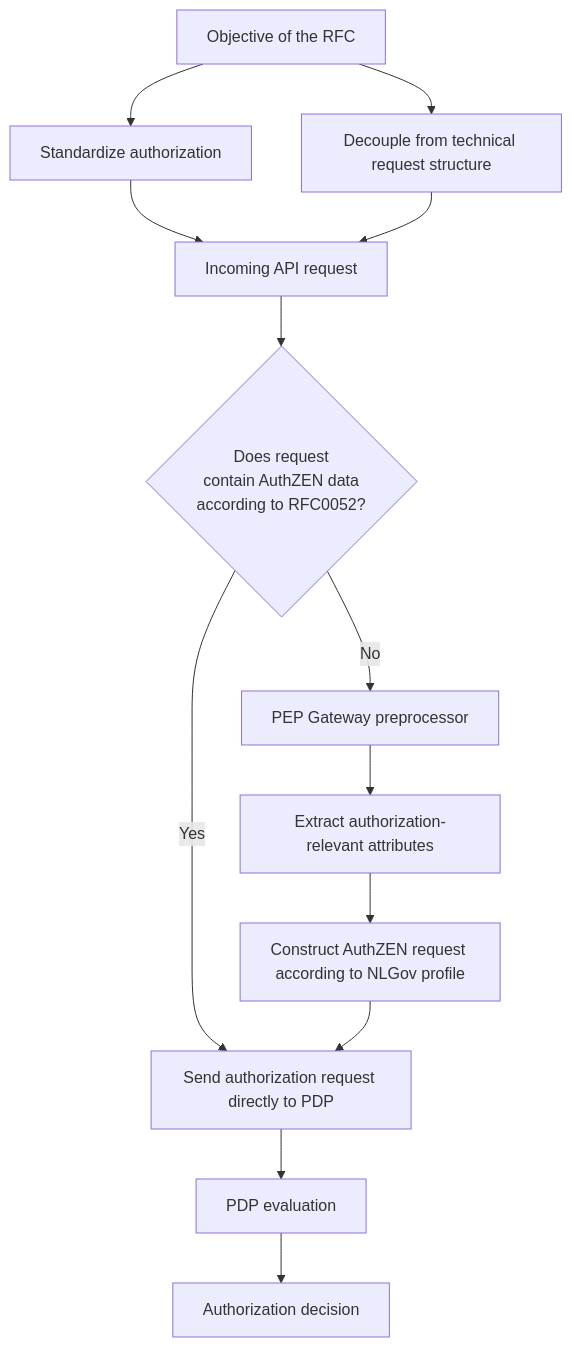
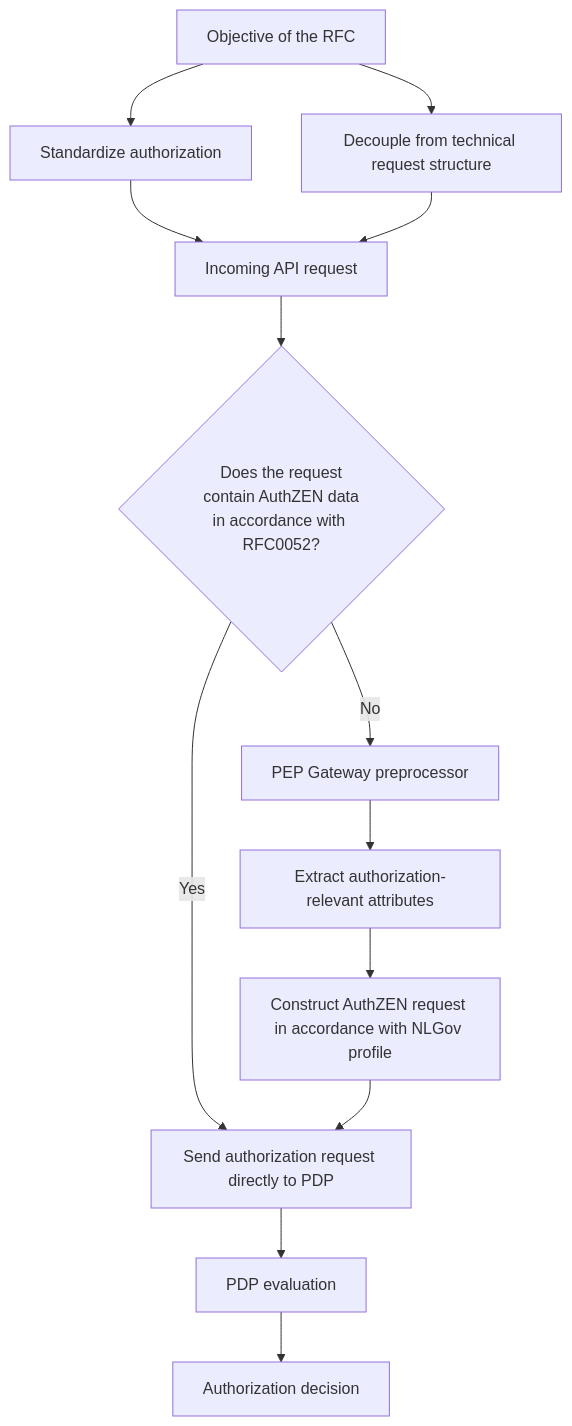
The first of 3 diagrams in RFC/RFC0052 - Authorization standardization.md (iStandaarden/iWlz-RequestForComment), drawn with Mermaid before and after one commit. The commit also changed other lines of this file, not shown here.

````diff
--- a/RFC/RFC0052 - Authorization standardization.md
+++ b/RFC/RFC0052 - Authorization standardization.md
@@ -14,20 +14,20 @@
 ``` mermaid
 flowchart TD
     A[Objective of the RFC] --> B[Standardize authorization]
     A --> C[Decouple from technical request structure]
 
     B --> D[Incoming API request]
     C --> D
 
-    D --> E{Does request<br/>contain AuthZEN data<br/>according to RFC0052?}
+    D --> E{Does the request<br/>contain AuthZEN data<br/>in accordance with RFC0052?}
 
     E -->|Yes| F[Send authorization request directly to PDP]
 
     E -->|No| G[PEP Gateway preprocessor]
     G --> H[Extract authorization-relevant attributes]
-    H --> I[Construct AuthZEN request according to NLGov profile]
+    H --> I[Construct AuthZEN request in accordance with NLGov profile]
     I --> F
 
     F --> J[PDP evaluation]
     J --> K[Authorization decision]
 ```
````
